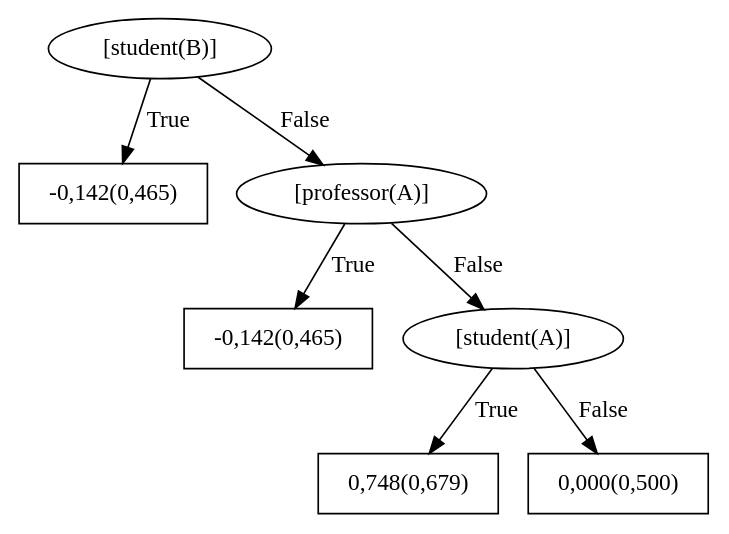
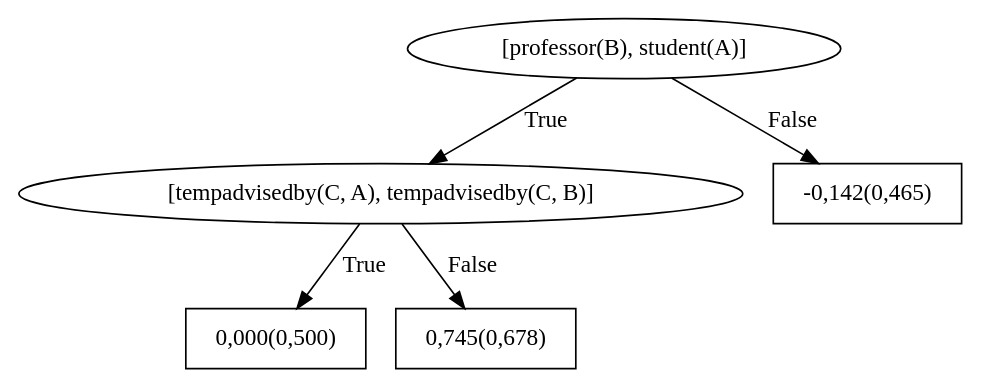
One commit to MeLLL-UFF/groot changed the diagram in boostsrl/train/models/bRDNs/dotFiles/WILLTreeFor_advisedby0.dot. Above: the diagram before and after it, drawn with Graphviz. The commit also changed 67 other files, not shown here.

```diff
--- a/boostsrl/train/models/bRDNs/dotFiles/WILLTreeFor_advisedby0.dot
+++ b/boostsrl/train/models/bRDNs/dotFiles/WILLTreeFor_advisedby0.dot
@@ -1,15 +1,11 @@
 digraph G{ 
-1[label = "[student(B)]"];
+1[label = "[professor(B), student(A)]"];
 1 -> 2[label="True"];
 1 -> 3[label="False"];
-2[shape = box,label = "-0,142(0,465)"];
-3[label = "[professor(A)]"];
-3 -> 4[label="True"];
-3 -> 5[label="False"];
-4[shape = box,label = "-0,142(0,465)"];
-5[label = "[student(A)]"];
-5 -> 6[label="True"];
-5 -> 7[label="False"];
-6[shape = box,label = "0,748(0,679)"];
-7[shape = box,label = "0,000(0,500)"];
+2[label = "[tempadvisedby(C, A), tempadvisedby(C, B)]"];
+2 -> 4[label="True"];
+2 -> 5[label="False"];
+4[shape = box,label = "0,000(0,500)"];
+5[shape = box,label = "0,745(0,678)"];
+3[shape = box,label = "-0,142(0,465)"];
 }
```
